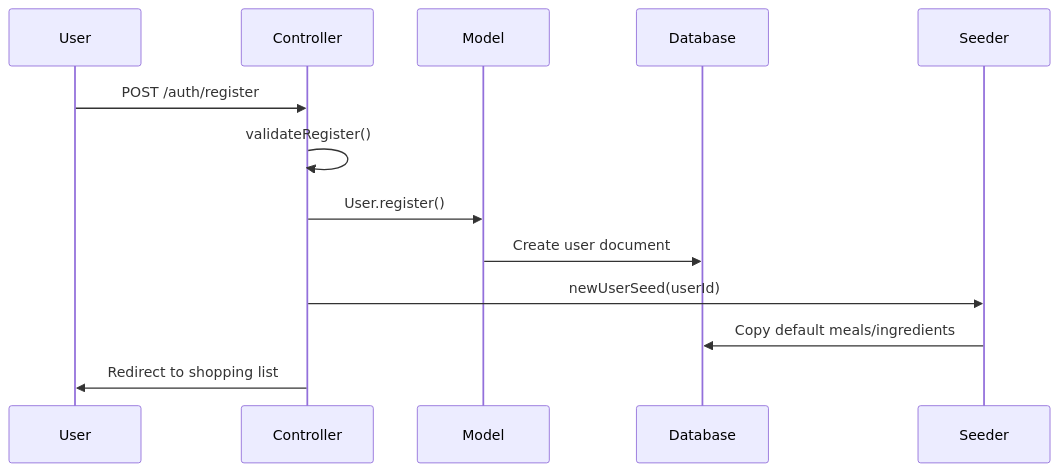
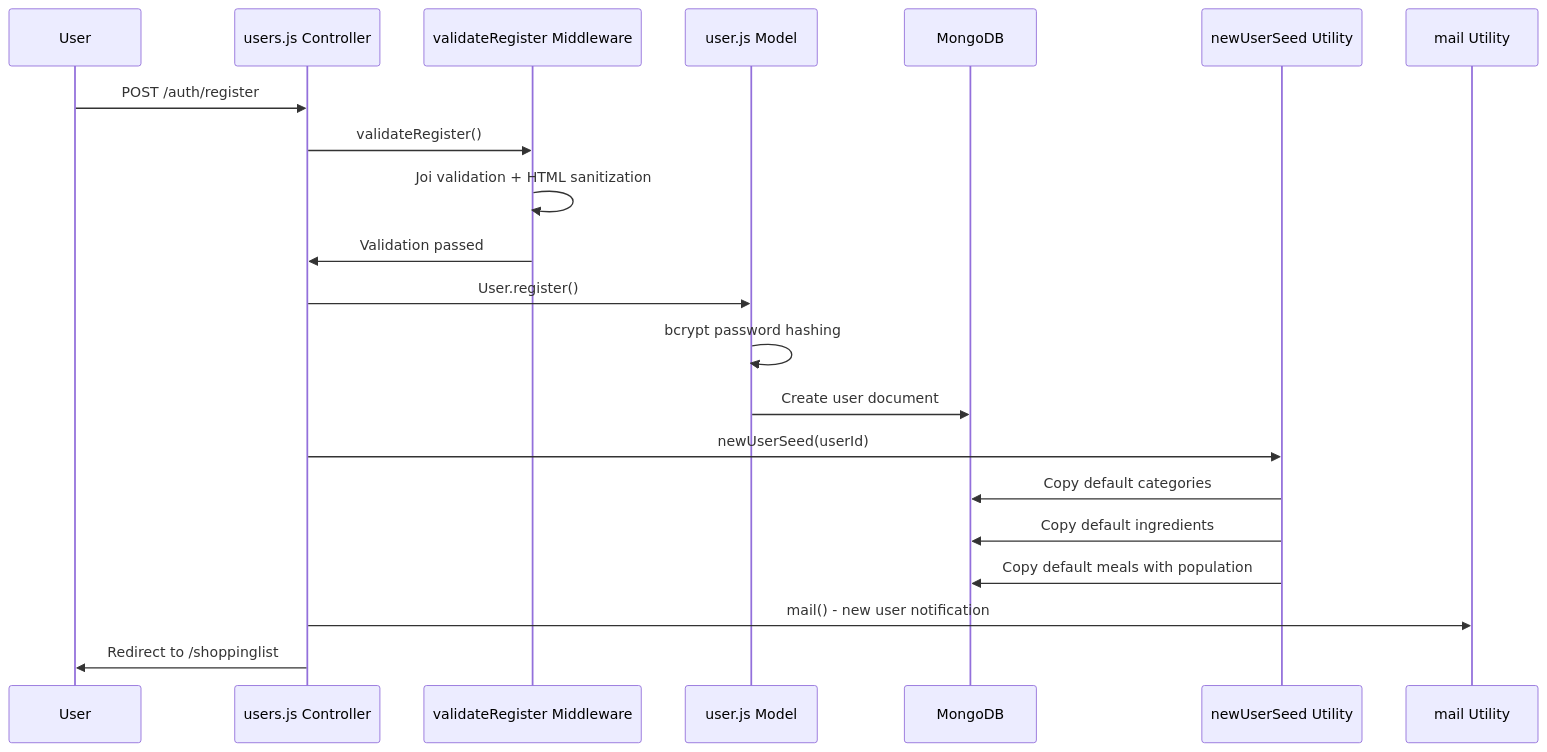
One commit to hutchybop/app-slapp changed the fourth of 8 diagrams in docs/ARCHITECTURE_REFERENCE.md. Above: the diagram before and after it, drawn with Mermaid. The commit also changed other lines of this file and 11 other files, not shown here.

````diff
--- a/docs/ARCHITECTURE_REFERENCE.md
+++ b/docs/ARCHITECTURE_REFERENCE.md
@@ -340,16 +603,24 @@
 ```mermaid
 sequenceDiagram
     participant U as User
-    participant C as Controller
-    participant M as Model
-    participant D as Database
-    participant S as Seeder
+    participant C as users.js Controller
+    participant V as validateRegister Middleware
+    participant UM as user.js Model
+    participant D as MongoDB
+    participant S as newUserSeed Utility
+    participant E as mail Utility
 
     U->>C: POST /auth/register
-    C->>C: validateRegister()
-    C->>M: User.register()
-    M->>D: Create user document
+    C->>V: validateRegister()
+    V->>V: Joi validation + HTML sanitization
+    V->>C: Validation passed
+    C->>UM: User.register()
+    UM->>UM: bcrypt password hashing
+    UM->>D: Create user document
     C->>S: newUserSeed(userId)
-    S->>D: Copy default meals/ingredients
-    C->>U: Redirect to shopping list
+    S->>D: Copy default categories
+    S->>D: Copy default ingredients
+    S->>D: Copy default meals with population
+    C->>E: mail() - new user notification
+    C->>U: Redirect to /shoppinglist
 ```
````
